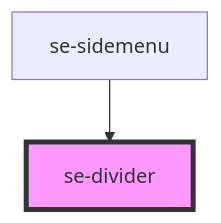
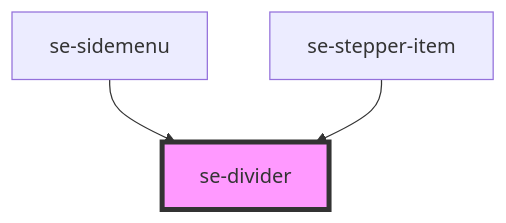
One commit to robbiemcmullense/se-web-ui changed the diagram in src-core/src/components/divider/readme.md. Above: the diagram before and after it, drawn with Mermaid. The commit also changed other lines of this file and 13 other files, not shown here.

````diff
--- a/src-core/src/components/divider/readme.md
+++ b/src-core/src/components/divider/readme.md
@@ -23,5 +24,6 @@
 ```mermaid
 graph TD;
   se-sidemenu --> se-divider
+  se-stepper-item --> se-divider
   style se-divider fill:#f9f,stroke:#333,stroke-width:4px
 ```
````
